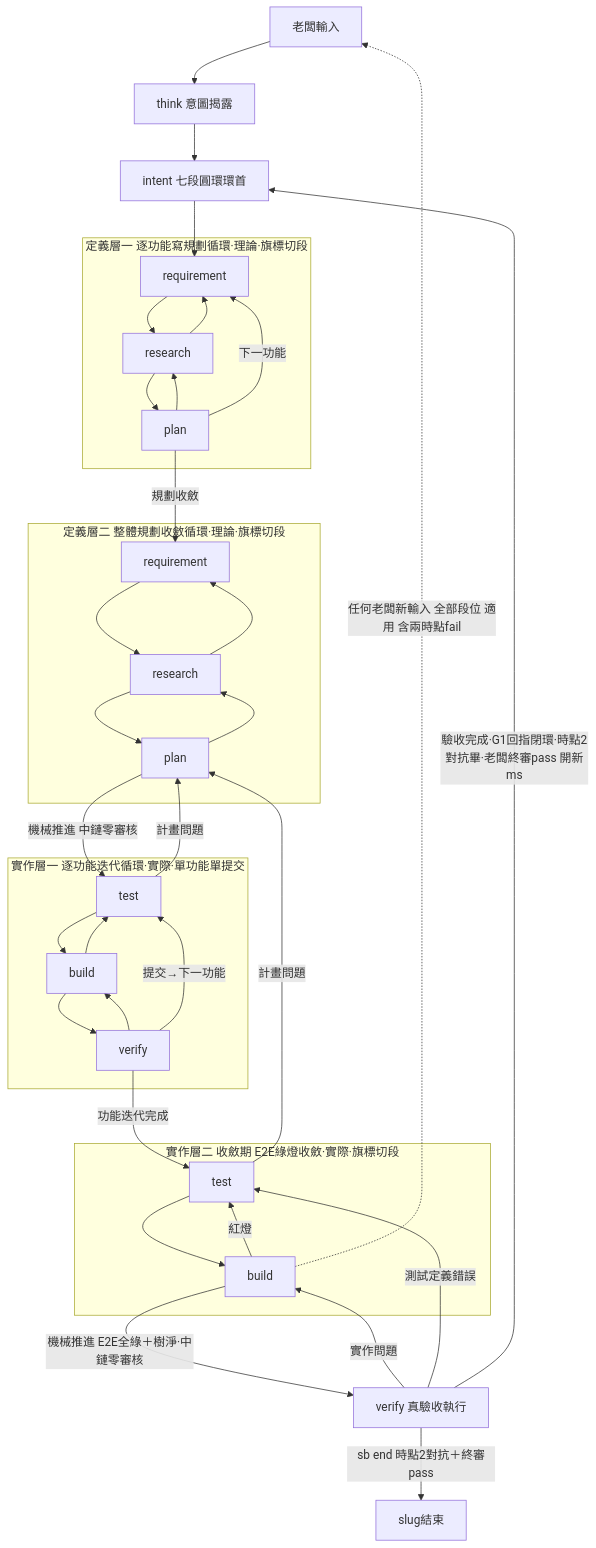
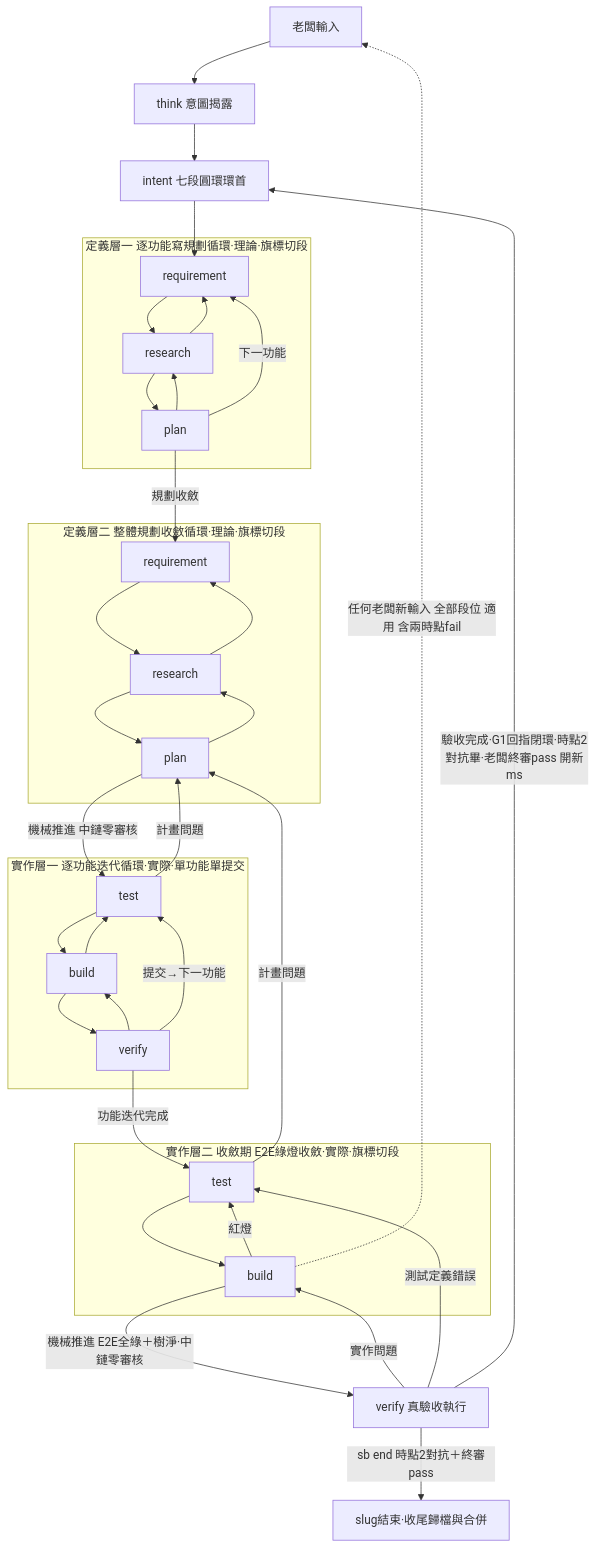
The first of 2 diagrams in README.md (teps3105/shiftblame), drawn with Mermaid before and after one commit. The commit also changed other lines of this file and 9 other files, not shown here.

````diff
--- a/README.md
+++ b/README.md
@@ -40,35 +40,35 @@
 ```mermaid
 flowchart TB
     BOSS[老闆輸入] --> THINK[think 意圖揭露]
     THINK --> INTENT[intent 七段圓環環首]
     INTENT --> R
     subgraph DEF1[定義層一 逐功能寫規劃循環·理論·旗標切段]
         R[requirement] --> RS[research] --> P[plan]
         P --> RS --> R
         P -->|下一功能| R
     end
     P -->|規劃收斂| R2
     subgraph DEF2[定義層二 整體規劃收斂循環·理論·旗標切段]
         R2[requirement] --> RS2[research] --> P2[plan]
         P2 --> RS2 --> R2
     end
     P2 -->|機械推進 中鏈零審核| T
     T -->|計畫問題| P2
     subgraph IMPL1[實作層一 逐功能迭代循環·實際·單功能單提交]
         T[test] --> B[build] --> V[verify]
         V --> B --> T
         V -->|提交→下一功能| T
     end
     V -->|功能迭代完成| T2
     T2 -->|計畫問題| P2
     subgraph CONV[實作層二 收斂期 E2E綠燈收斂·實際·旗標切段]
         T2[test] --> B2[build]
         B2 -->|紅燈| T2
     end
     B2 -->|機械推進 E2E全綠＋樹淨·中鏈零審核| V3[verify 真驗收執行]
     V3 -->|實作問題| B2
     V3 -->|測試定義錯誤| T2
     V3 -->|驗收完成·G1回指閉環·時點2對抗畢·老闆終審pass 開新ms| INTENT
-    V3 -->|sb end 時點2對抗＋終審pass| FIN[slug結束]
+    V3 -->|sb end 時點2對抗＋終審pass| FIN[slug結束·收尾歸檔與合併]
     B2 -.->|任何老闆新輸入 全部段位 適用 含兩時點fail| BOSS
 ```
````
